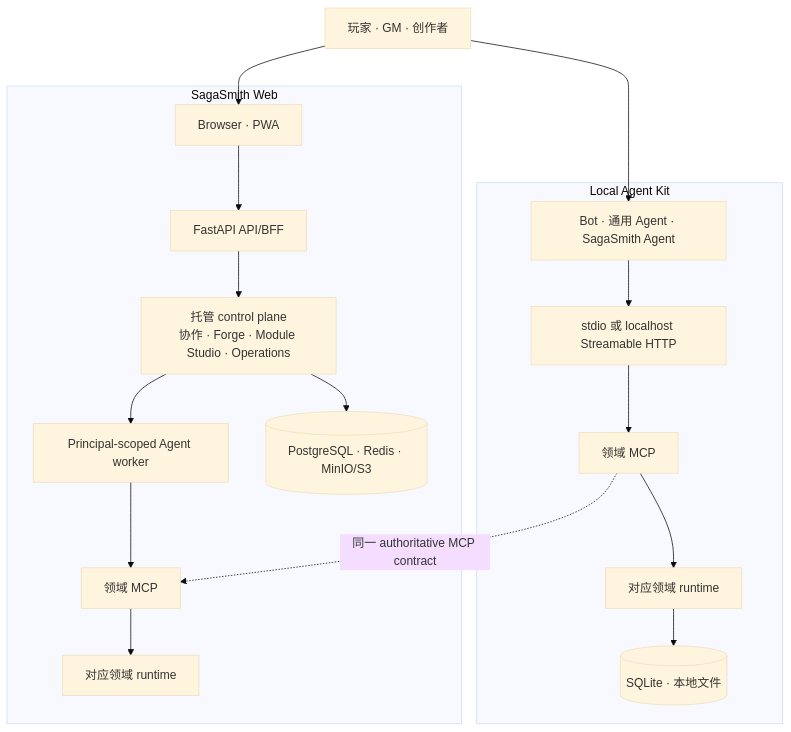
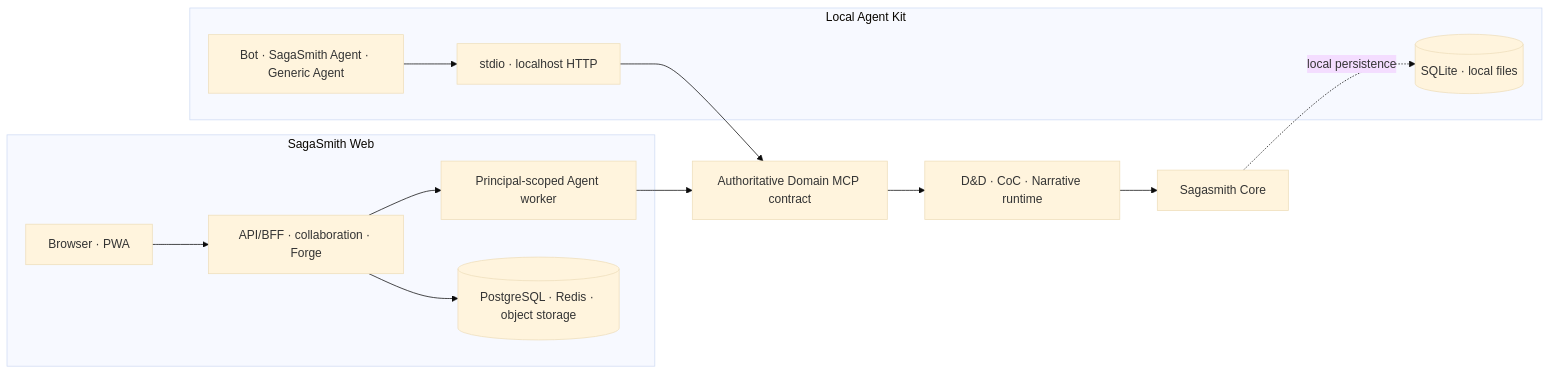
Before and after one commit to SagaSmithAI/.github: the diagram in profile/README.md, drawn with Mermaid (base theme). The commit also changed other lines of this file and 12 other files, not shown here.

````diff
--- a/profile/README.md
+++ b/profile/README.md
@@ -42,26 +51,24 @@
 ```mermaid
-flowchart TB
-    H[玩家 · GM · 创作者]
-    subgraph L[Local Agent Kit]
-      A[Bot · 通用 Agent · SagaSmith Agent]
-      LT[stdio 或 localhost Streamable HTTP]
-      LM[领域 MCP]
-      LR[对应领域 runtime]
-      LS[(SQLite · 本地文件)]
-      A --> LT --> LM --> LR --> LS
+flowchart LR
+    subgraph Local[Local Agent Kit]
+      LC[Bot · SagaSmith Agent · Generic Agent]
+      LT[stdio · localhost HTTP]
+      LD[(SQLite · local files)]
+      LC --> LT
     end
-    subgraph W[SagaSmith Web]
+
+    subgraph Hosted[SagaSmith Web]
       B[Browser · PWA]
-      API[FastAPI API/BFF]
-      CP[托管 control plane<br/>协作 · Forge · Module Studio · Operations]
-      AW[Principal-scoped Agent worker]
-      HM[领域 MCP]
-      HR[对应领域 runtime]
-      HS[(PostgreSQL · Redis · MinIO/S3)]
-      B --> API --> CP --> AW --> HM --> HR
-      CP --> HS
+      API[API/BFF · collaboration · Forge]
+      W[Principal-scoped Agent worker]
+      DB[(PostgreSQL · Redis · object storage)]
+      B --> API --> W
+      API --> DB
     end
-    H --> A
-    H --> B
-    LM -. 同一 authoritative MCP contract .-> HM
+
+    LT --> MCP[Authoritative Domain MCP contract]
+    W --> MCP
+    MCP --> R[D&D · CoC · Narrative runtime]
+    R --> C[Sagasmith Core]
+    C -. local persistence .-> LD
 ```
````
